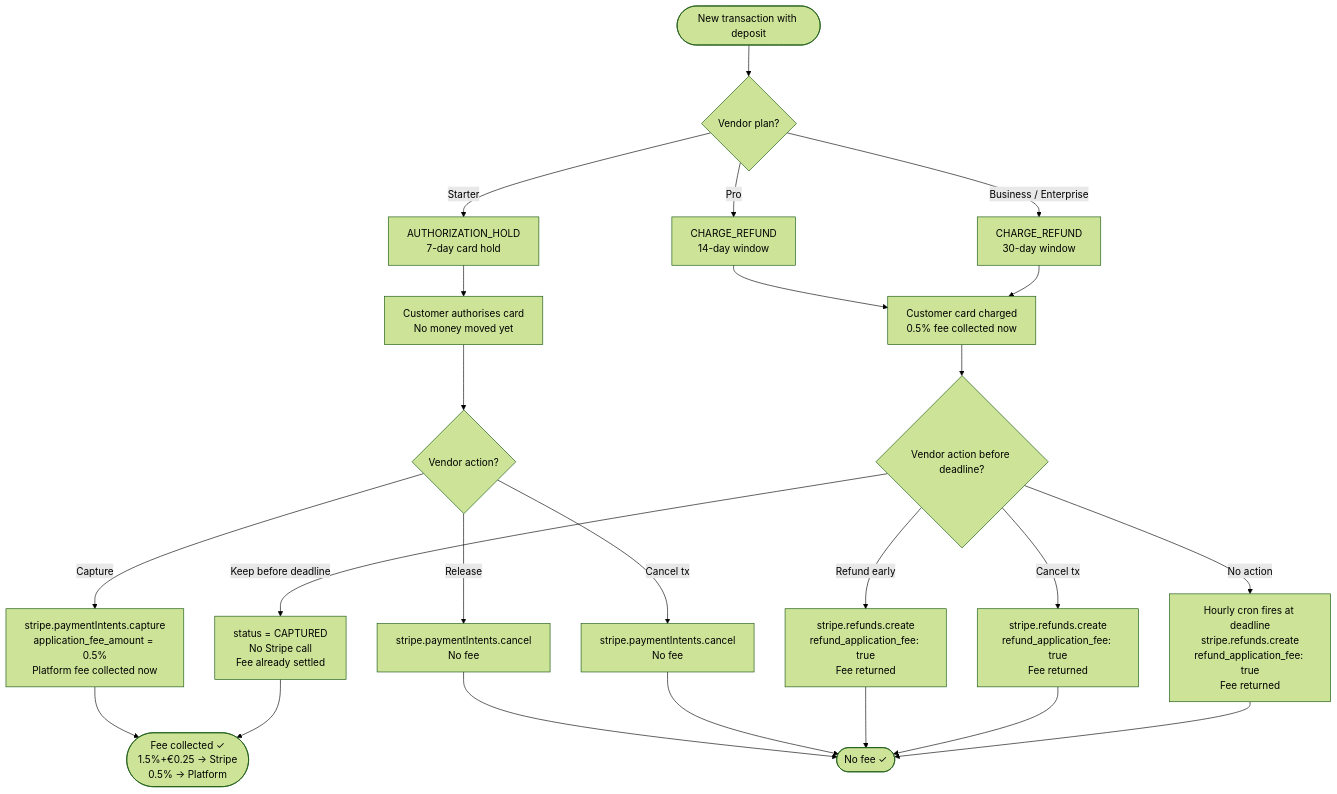
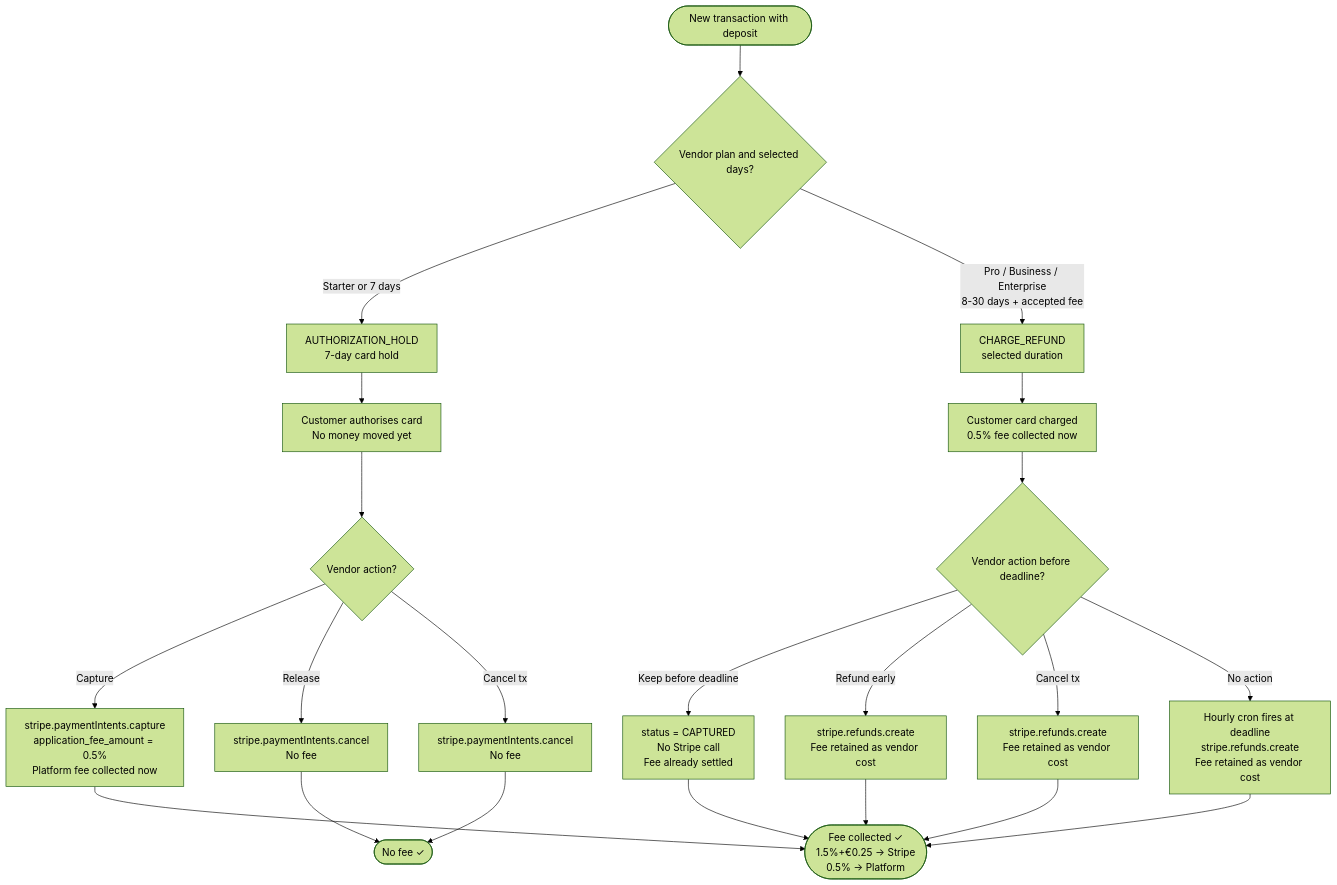
The fifth of 8 diagrams in docs/deposit-fee-flow.md (landri81/contrazy.github.io), drawn with Mermaid (forest theme) before and after one commit. The commit also changed other lines of this file and 23 other files, not shown here.

````diff
--- a/docs/deposit-fee-flow.md
+++ b/docs/deposit-fee-flow.md
@@ -160,33 +162,31 @@
 ```mermaid
 flowchart TD
-    START([New transaction with deposit]) --> PLAN{Vendor plan?}
+    START([New transaction with deposit]) --> PLAN{Vendor plan and selected days?}
 
-    PLAN -->|Starter| AUTH[AUTHORIZATION_HOLD\n7-day card hold]
-    PLAN -->|Pro| CR14[CHARGE_REFUND\n14-day window]
-    PLAN -->|Business / Enterprise| CR30[CHARGE_REFUND\n30-day window]
+    PLAN -->|Starter or 7 days| AUTH[AUTHORIZATION_HOLD\n7-day card hold]
+    PLAN -->|Pro / Business / Enterprise\n8-30 days + accepted fee| CR_LONG[CHARGE_REFUND\nselected duration]
 
     AUTH --> AUTH_PAY[Customer authorises card\nNo money moved yet]
-    CR14 --> CR_PAY[Customer card charged\n0.5% fee collected now]
-    CR30 --> CR_PAY
+    CR_LONG --> CR_PAY[Customer card charged\n0.5% fee collected now]
 
     AUTH_PAY --> AUTH_ACTIVE{Vendor action?}
     CR_PAY --> CR_ACTIVE{Vendor action before deadline?}
 
     AUTH_ACTIVE -->|Capture| AUTH_CAP[stripe.paymentIntents.capture\napplication_fee_amount = 0.5%\nPlatform fee collected now]
     AUTH_ACTIVE -->|Release| AUTH_REL[stripe.paymentIntents.cancel\nNo fee]
     AUTH_ACTIVE -->|Cancel tx| AUTH_CAN[stripe.paymentIntents.cancel\nNo fee]
 
     CR_ACTIVE -->|Keep before deadline| CR_CAP[status = CAPTURED\nNo Stripe call\nFee already settled]
-    CR_ACTIVE -->|Refund early| CR_REL[stripe.refunds.create\nrefund_application_fee: true\nFee returned]
-    CR_ACTIVE -->|Cancel tx| CR_CAN[stripe.refunds.create\nrefund_application_fee: true\nFee returned]
-    CR_ACTIVE -->|No action| CR_CRON[Hourly cron fires at deadline\nstripe.refunds.create\nrefund_application_fee: true\nFee returned]
+    CR_ACTIVE -->|Refund early| CR_REL[stripe.refunds.create\nFee retained as vendor cost]
+    CR_ACTIVE -->|Cancel tx| CR_CAN[stripe.refunds.create\nFee retained as vendor cost]
+    CR_ACTIVE -->|No action| CR_CRON[Hourly cron fires at deadline\nstripe.refunds.create\nFee retained as vendor cost]
 
     AUTH_CAP --> FEE_YES([Fee collected ✓\n1.5%+€0.25 → Stripe\n0.5% → Platform])
     CR_CAP --> FEE_YES
 
     AUTH_REL --> FEE_NO([No fee ✓])
     AUTH_CAN --> FEE_NO
-    CR_REL --> FEE_NO
-    CR_CAN --> FEE_NO
-    CR_CRON --> FEE_NO
+    CR_REL --> FEE_YES
+    CR_CAN --> FEE_YES
+    CR_CRON --> FEE_YES
 ```
````
